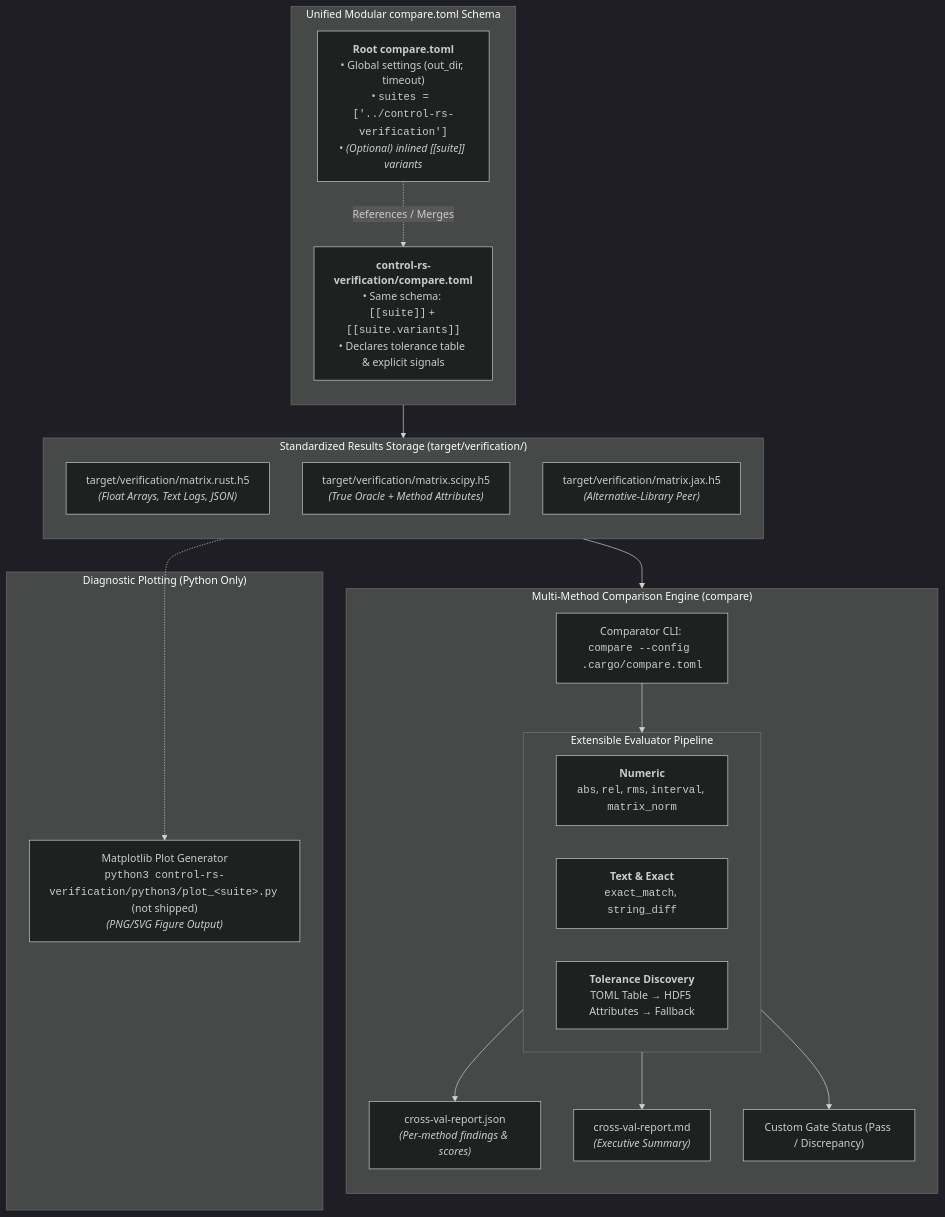
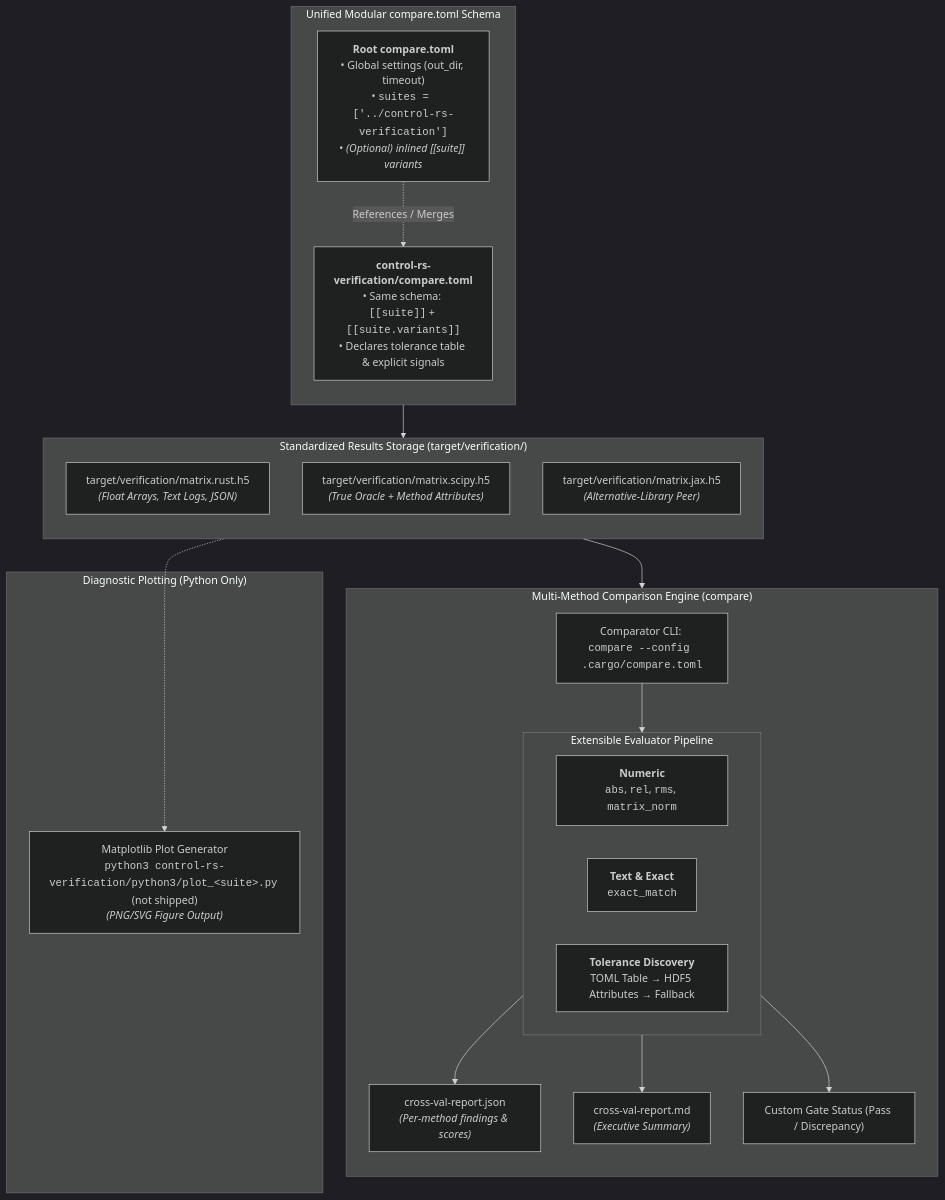
Before and after one commit to Dyse-Industries/control-rs: the diagram in documentation/vv/cross-compare-design.md, drawn with Mermaid (dark theme). The commit also changed other lines of this file and 11 other files, not shown here.

````diff
--- a/documentation/vv/cross-compare-design.md
+++ b/documentation/vv/cross-compare-design.md
@@ -134,41 +134,41 @@
 ```mermaid
 flowchart TD
     subgraph Config["Unified Modular compare.toml Schema"]
         direction TB
         RootTOML["<b>Root compare.toml</b><br/>• Global settings (out_dir, timeout)<br/>• <code>suites = ['../control-rs-verification']</code><br/>• <i>(Optional) inlined [[suite]] variants</i>"]
         SuiteTOML["<b>control-rs-verification/compare.toml</b><br/>• Same schema: <code>[[suite]]</code> + <code>[[suite.variants]]</code><br/>• Declares tolerance table & explicit signals"]
         RootTOML -. References / Merges .-> SuiteTOML
     end
 
     subgraph Storage["Standardized Results Storage (target/verification/)"]
         direction TB
         RustH5["target/verification/matrix.rust.h5<br/><i>(Float Arrays, Text Logs, JSON)</i>"]
         OracleH5["target/verification/matrix.scipy.h5<br/><i>(True Oracle + Method Attributes)</i>"]
         PeerH5["target/verification/matrix.jax.h5<br/><i>(Alternative-Library Peer)</i>"]
     end
 
     subgraph Comparison["Multi-Method Comparison Engine (compare)"]
         direction TB
         subgraph Evaluators["Extensible Evaluator Pipeline"]
-            NumEval["<b>Numeric</b><br/><code>abs</code>, <code>rel</code>, <code>rms</code>, <code>interval</code>, <code>matrix_norm</code>"]
-            TextEval["<b>Text & Exact</b><br/><code>exact_match</code>, <code>string_diff</code>"]
+            NumEval["<b>Numeric</b><br/><code>abs</code>, <code>rel</code>, <code>rms</code>, <code>matrix_norm</code>"]
+            TextEval["<b>Text & Exact</b><br/><code>exact_match</code>"]
             TolDiscovery["<b>Tolerance Discovery</b><br/>TOML Table &rarr; HDF5 Attributes &rarr; Fallback"]
         end
         CompareEngine["Comparator CLI: <code>compare --config .cargo/compare.toml</code>"]
         ReportJSON["cross-val-report.json<br/><i>(Per-method findings & scores)</i>"]
         ReportMD["cross-val-report.md<br/><i>(Executive Summary)</i>"]
         GateVerdict["Custom Gate Status (Pass / Discrepancy)"]
     end
 
     subgraph Diagnostics["Diagnostic Plotting (Python Only)"]
         MatplotlibPlots["Matplotlib Plot Generator<br/><code>python3 control-rs-verification/python3/plot_&lt;suite&gt;.py</code> (not shipped)<br/><i>(PNG/SVG Figure Output)</i>"]
     end
 
     Config --> Storage
     Storage --> CompareEngine
     CompareEngine --> Evaluators
     Evaluators --> ReportJSON
     Evaluators --> ReportMD
     Evaluators --> GateVerdict
     Storage -.-> MatplotlibPlots
 ```
````
